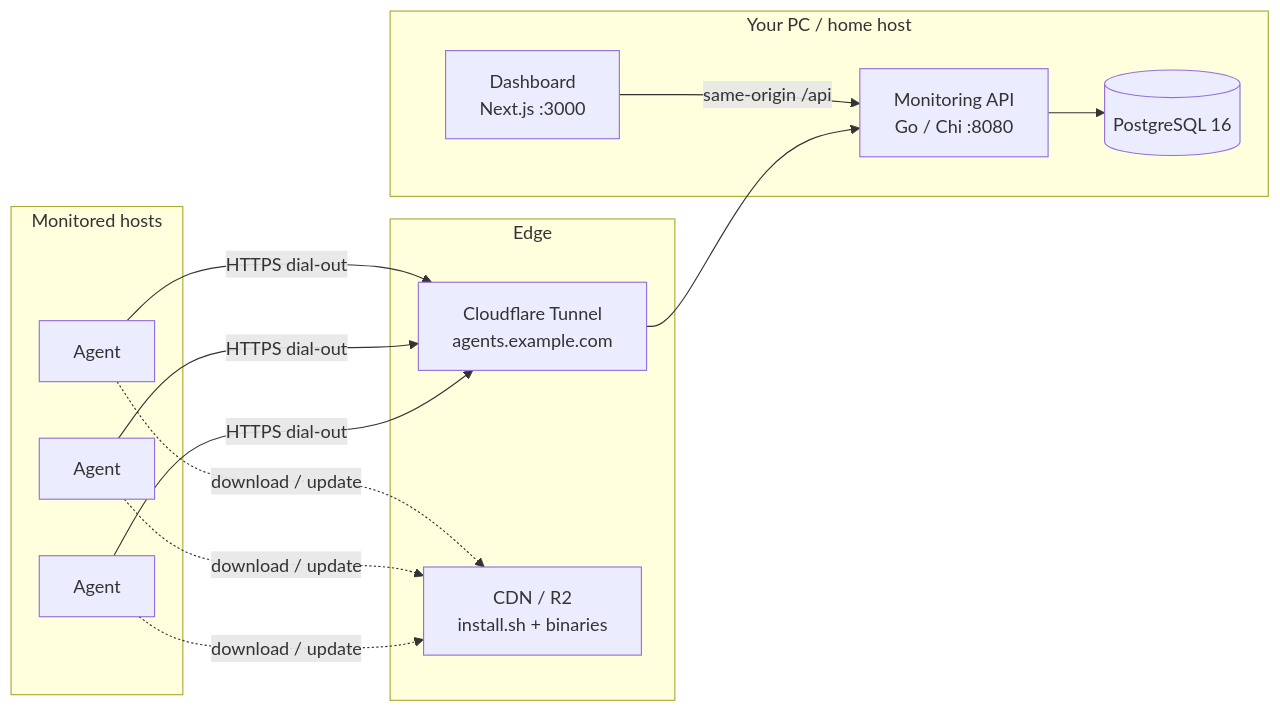
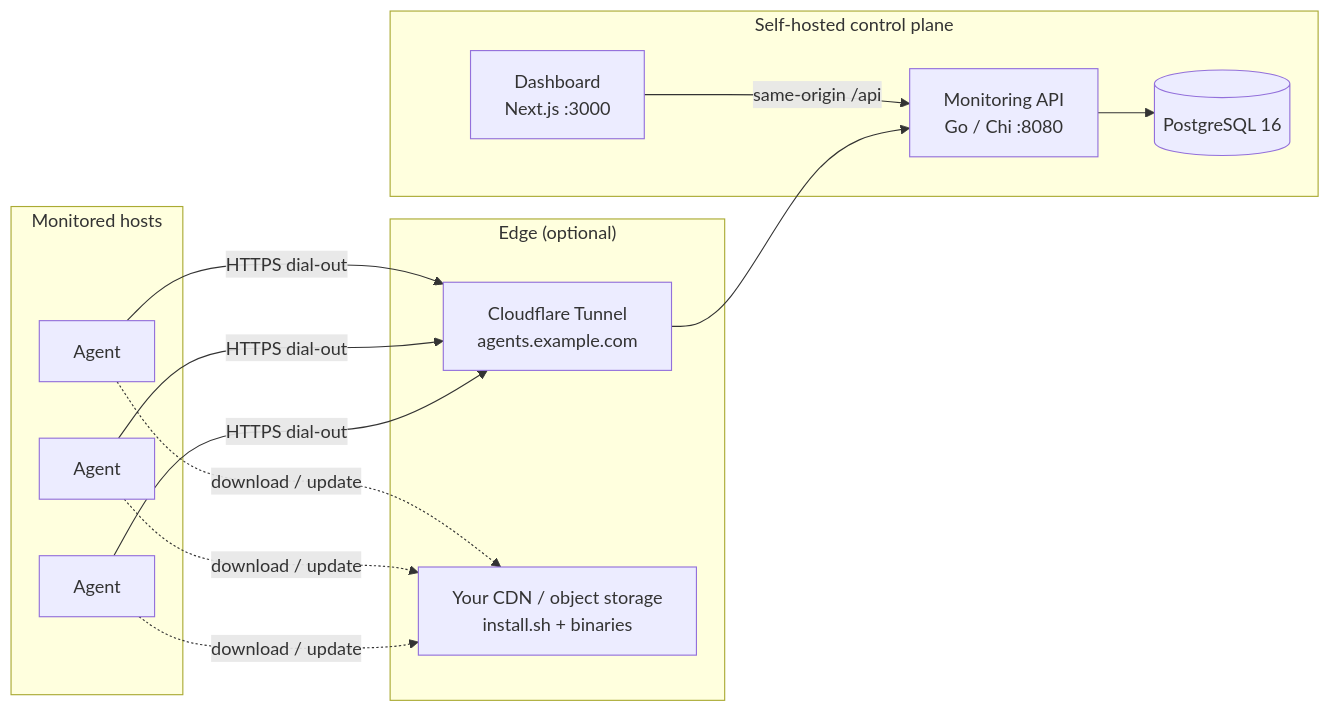
Before and after one commit to fleames/fleetdeck: the diagram in README.md, drawn with Mermaid. The commit also changed other lines of this file and 31 other files, not shown here.

````diff
--- a/README.md
+++ b/README.md
@@ -58,25 +63,25 @@
 ```mermaid
 flowchart LR
-  subgraph local["Your PC / home host"]
+  subgraph home["Self-hosted control plane"]
     Web["Dashboard<br/>Next.js :3000"]
     API["Monitoring API<br/>Go / Chi :8080"]
     PG[(PostgreSQL 16)]
     Web -->|same-origin /api| API
     API --> PG
   end
 
-  subgraph edge["Edge"]
+  subgraph edge["Edge (optional)"]
     CF["Cloudflare Tunnel<br/>agents.example.com"]
-    R2["CDN / R2<br/>install.sh + binaries"]
+    CDN["Your CDN / object storage<br/>install.sh + binaries"]
   end
 
   subgraph hosts["Monitored hosts"]
     A1["Agent"]
     A2["Agent"]
     A3["Agent"]
   end
 
   A1 & A2 & A3 -->|HTTPS dial-out| CF
   CF --> API
-  A1 & A2 & A3 -.->|download / update| R2
+  A1 & A2 & A3 -.->|download / update| CDN
 ```
````
